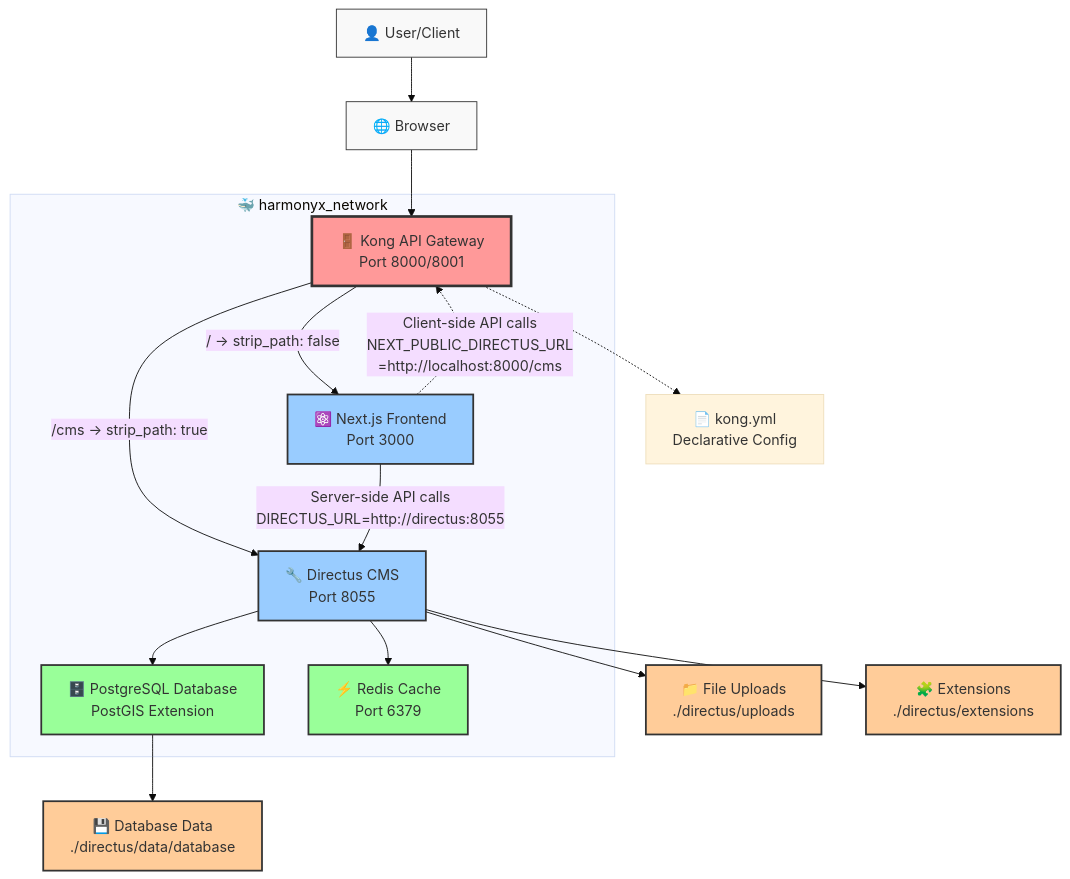
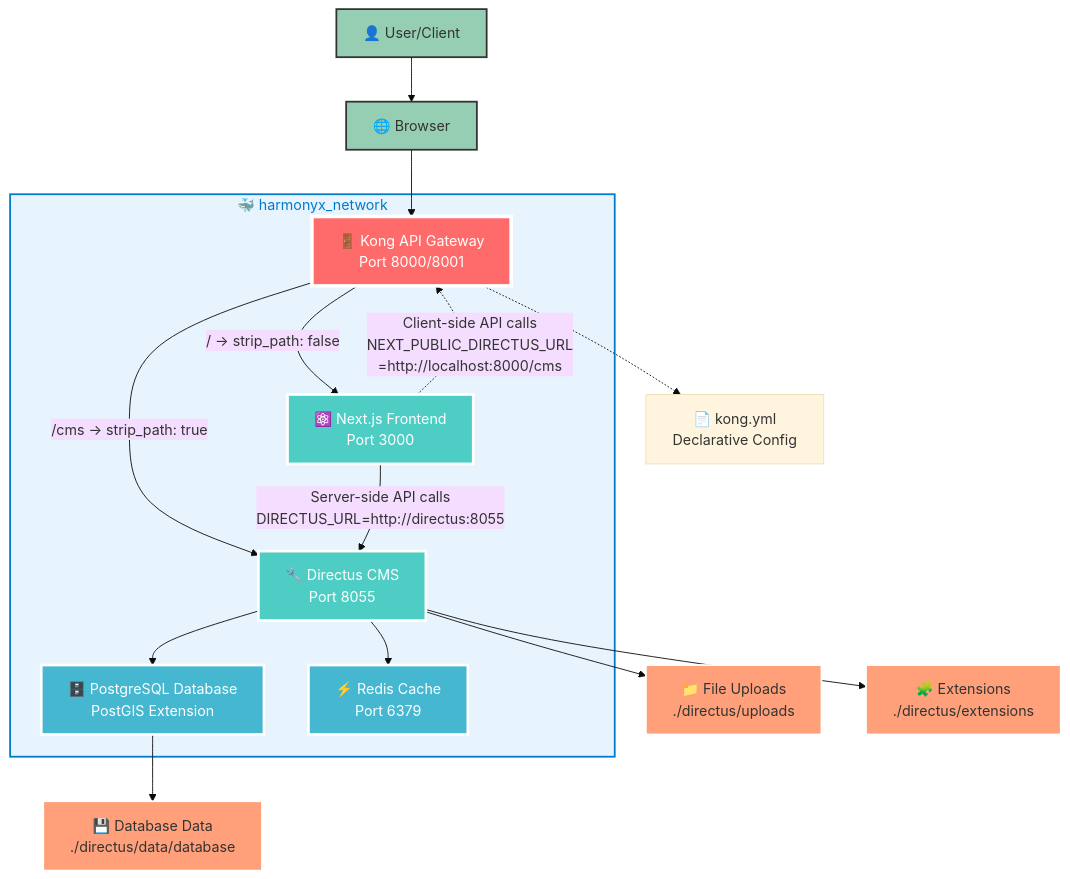
Before and after one commit to kanata-b/harmonyx-cms-v6: the diagram in README.md, drawn with Mermaid (base theme).

Commit message:
style: update mermaid diagram colors for improved visibility and consistency

````diff
--- a/README.md
+++ b/README.md
@@ -7,65 +7,67 @@
 ```mermaid
 graph TB
     %% External Layer
     User[👤 User/Client]
     Browser[🌐 Browser]
     
     %% Kong API Gateway Layer
     Kong[🚪 Kong API Gateway<br/>Port 8000/8001]
     KongConfig[📄 kong.yml<br/>Declarative Config]
     
     %% Application Layer  
     NextJS[⚛️ Next.js Frontend<br/>Port 3000]
     Directus[🔧 Directus CMS<br/>Port 8055]
     
     %% Data Layer
     PostgreSQL[🗄️ PostgreSQL Database<br/>PostGIS Extension]
     Redis[⚡ Redis Cache<br/>Port 6379]
     
     %% Storage
     Uploads[📁 File Uploads<br/>./directus/uploads]
     Extensions[🧩 Extensions<br/>./directus/extensions]
     DBData[💾 Database Data<br/>./directus/data/database]
     
     %% Docker Network
     subgraph DockerNetwork[🐳 harmonyx_network]
         Kong
         NextJS
         Directus
         PostgreSQL
         Redis
     end
     
     %% External connections
     User --> Browser
     Browser --> Kong
     
     %% Kong routing
     Kong --> |"/ → strip_path: false"| NextJS
     Kong --> |"/cms → strip_path: true"| Directus
     Kong -.-> KongConfig
     
     %% Internal service communication
     NextJS --> |"Server-side API calls<br/>DIRECTUS_URL=http://directus:8055"| Directus
     NextJS -.-> |"Client-side API calls<br/>NEXT_PUBLIC_DIRECTUS_URL<br/>=http://localhost:8000/cms"| Kong
     
     %% Data persistence
     Directus --> PostgreSQL
     Directus --> Redis
     Directus --> Uploads
     Directus --> Extensions
     PostgreSQL --> DBData
     
     %% Styling
-    classDef gateway fill:#ff9999,stroke:#333,stroke-width:3px
-    classDef app fill:#99ccff,stroke:#333,stroke-width:2px
-    classDef data fill:#99ff99,stroke:#333,stroke-width:2px
-    classDef storage fill:#ffcc99,stroke:#333,stroke-width:2px
-    classDef external fill:#f9f9f9,stroke:#333,stroke-width:1px
+    classDef gateway fill:#FF6B6B,stroke:#fff,stroke-width:4px,color:#fff
+    classDef app fill:#4ECDC4,stroke:#fff,stroke-width:3px,color:#fff
+    classDef data fill:#45B7D1,stroke:#fff,stroke-width:3px,color:#fff
+    classDef storage fill:#FFA07A,stroke:#fff,stroke-width:2px,color:#333
+    classDef external fill:#96CEB4,stroke:#333,stroke-width:2px,color:#333
+    classDef network fill:#E8F4FD,stroke:#007ACC,stroke-width:2px,color:#007ACC
     
     class Kong gateway
     class NextJS,Directus app
     class PostgreSQL,Redis data
     class Uploads,Extensions,DBData storage
     class User,Browser external
+    class DockerNetwork network
 ```
````
